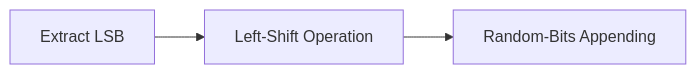
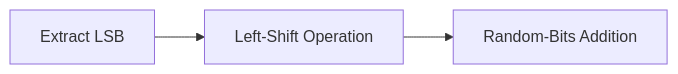
Before and after one commit to sghuang19/ee326-sp21: the fourth of 5 diagrams in README.md, drawn with Mermaid. The commit also changed other lines of this file and 3 other files, not shown here.

````diff
--- a/README.md
+++ b/README.md
@@ -181,6 +245,6 @@
 ```mermaid
 graph LR
 A[Extract LSB] -->
 B[Left-Shift Operation] -->
-C[Random-Bits Appending]
+C[Random-Bits Addition]
 ```
````
